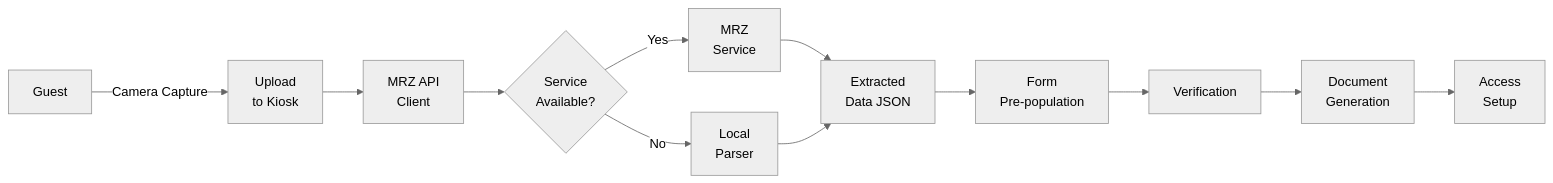
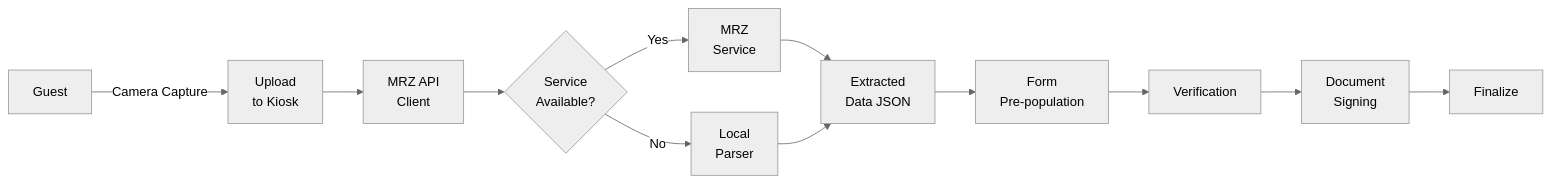
Before and after one commit to omarmx9/smart-hotel: the second of 3 diagrams in kiosk/README.md, drawn with Mermaid (neutral theme). The commit also changed other lines of this file and 24 other files, not shown here.

````diff
--- a/kiosk/README.md
+++ b/kiosk/README.md
@@ -118,14 +118,14 @@
 ```mermaid
 flowchart LR
     A["Guest"] -->|Camera Capture| B["Upload<br/>to Kiosk"]
     B --> C["MRZ API<br/>Client"]
     C --> D{"Service<br/>Available?"}
     D -->|Yes| E["MRZ<br/>Service"]
     D -->|No| F["Local<br/>Parser"]
     E --> G["Extracted<br/>Data JSON"]
     F --> G
     G --> H["Form<br/>Pre-population"]
     H --> I["Verification"]
-    I --> J["Document<br/>Generation"]
-    J --> K["Access<br/>Setup"]
+    I --> J["Document<br/>Signing"]
+    J --> K["Finalize"]
 ```
````
